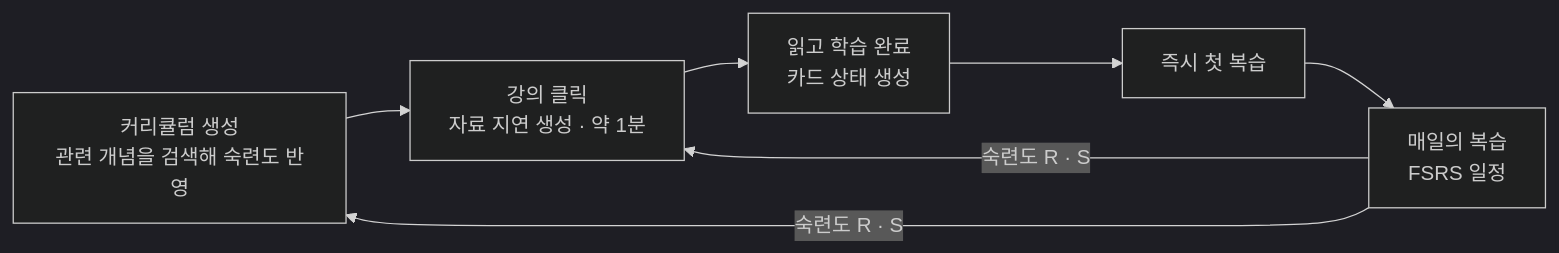
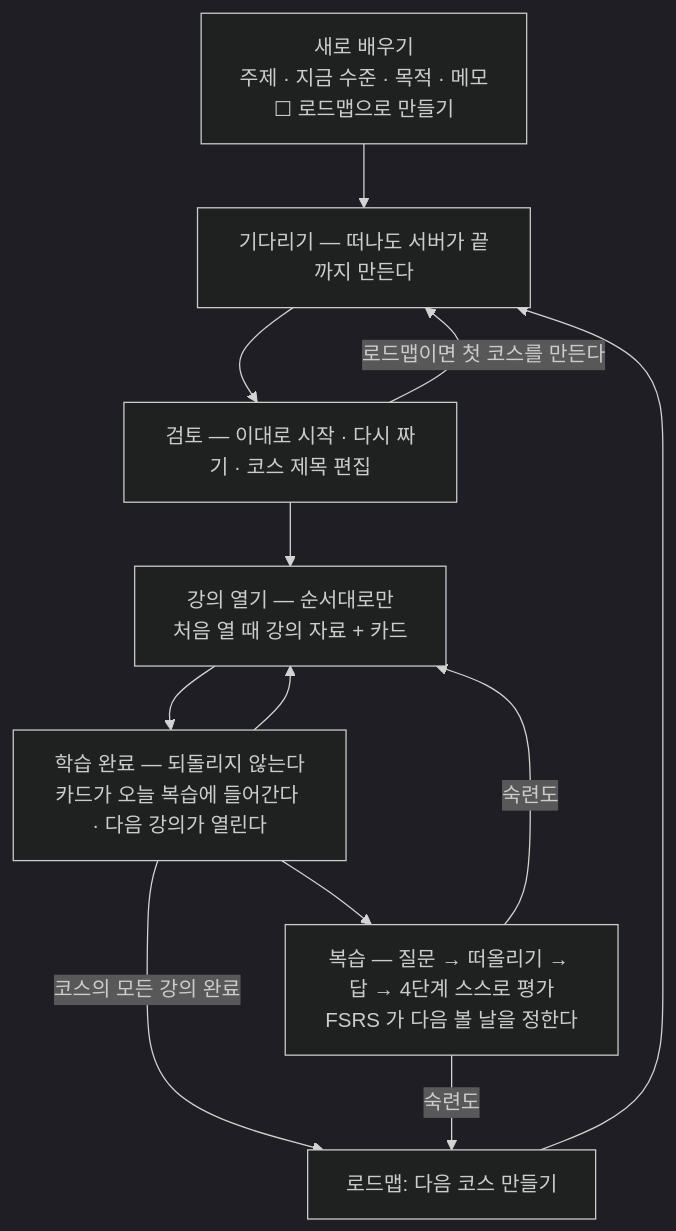
The diagram in docs/01-overview.md (f-lab-edu/Mogum), drawn with Mermaid (dark theme) before and after one commit. The commit also changed other lines of this file and 105 other files, not shown here.

````diff
--- a/docs/01-overview.md
+++ b/docs/01-overview.md
@@ -24,9 +26,14 @@
 ```mermaid
-flowchart LR
-    C["커리큘럼 생성<br/>관련 개념을 검색해 숙련도 반영"] --> L["강의 클릭<br/>자료 지연 생성 · 약 1분"]
-    L --> R["읽고 학습 완료<br/>카드 상태 생성"]
-    R --> F["즉시 첫 복습"]
-    F --> D["매일의 복습<br/>FSRS 일정"]
-    D -->|"숙련도 R · S"| L
-    D -->|"숙련도 R · S"| C
+flowchart TD
+    A["새로 배우기<br/>주제 · 지금 수준 · 목적 · 메모<br/>☐ 로드맵으로 만들기"] --> W["기다리기 — 떠나도 서버가 끝까지 만든다"]
+    W --> R["검토 — 이대로 시작 · 다시 짜기 · 코스 제목 편집"]
+    R -->|"로드맵이면 첫 코스를 만든다"| W
+    R --> L["강의 열기 — 순서대로만<br/>처음 열 때 강의 자료 + 카드"]
+    L --> D["학습 완료 — 되돌리지 않는다<br/>카드가 오늘 복습에 들어간다 · 다음 강의가 열린다"]
+    D --> L
+    D --> V["복습 — 질문 → 떠올리기 → 답 → 4단계 스스로 평가<br/>FSRS 가 다음 볼 날을 정한다"]
+    V -->|"숙련도"| L
+    D -->|"코스의 모든 강의 완료"| N["로드맵: 다음 코스 만들기"]
+    V -->|"숙련도"| N
+    N --> W
 ```
````
